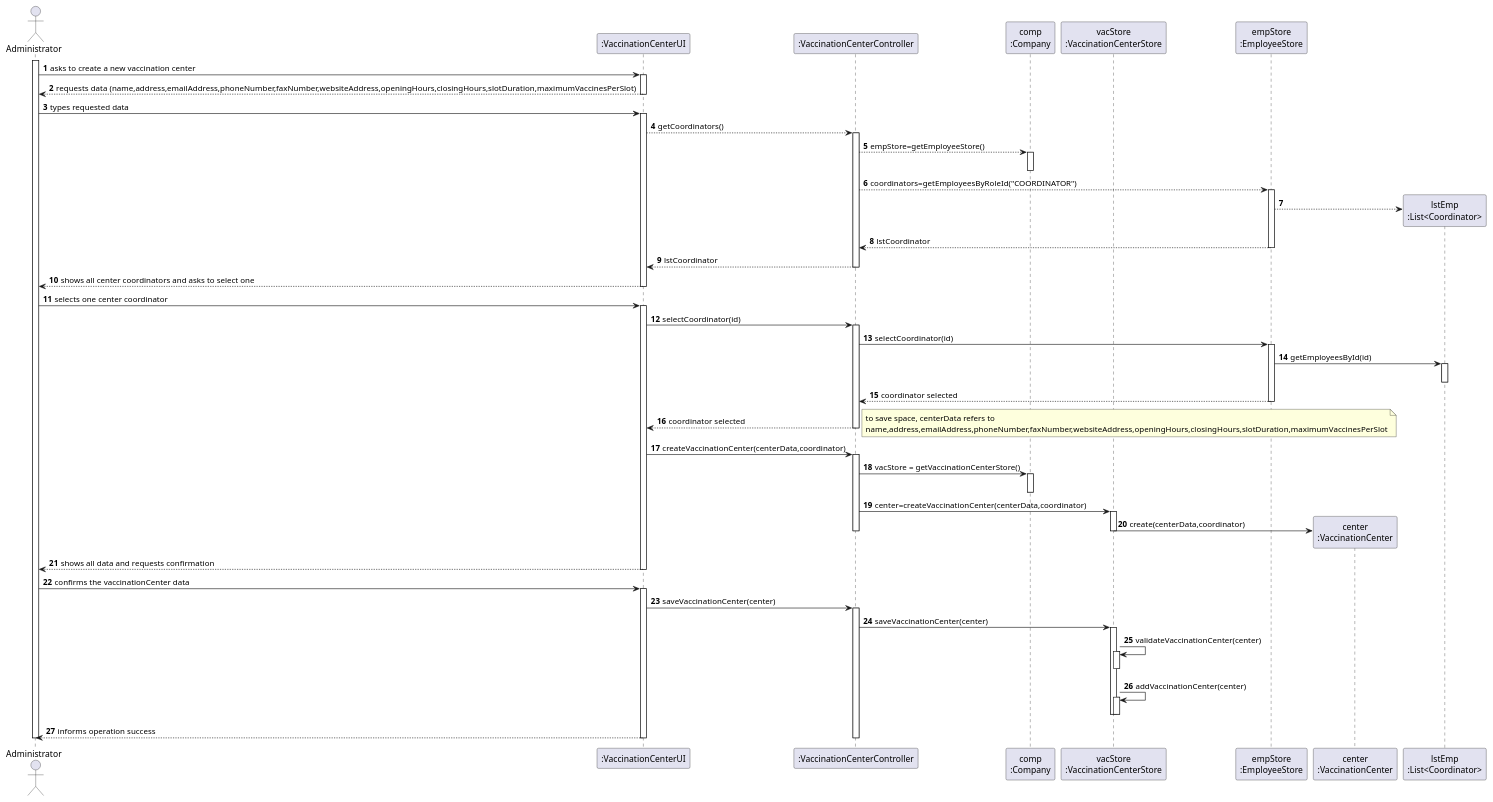
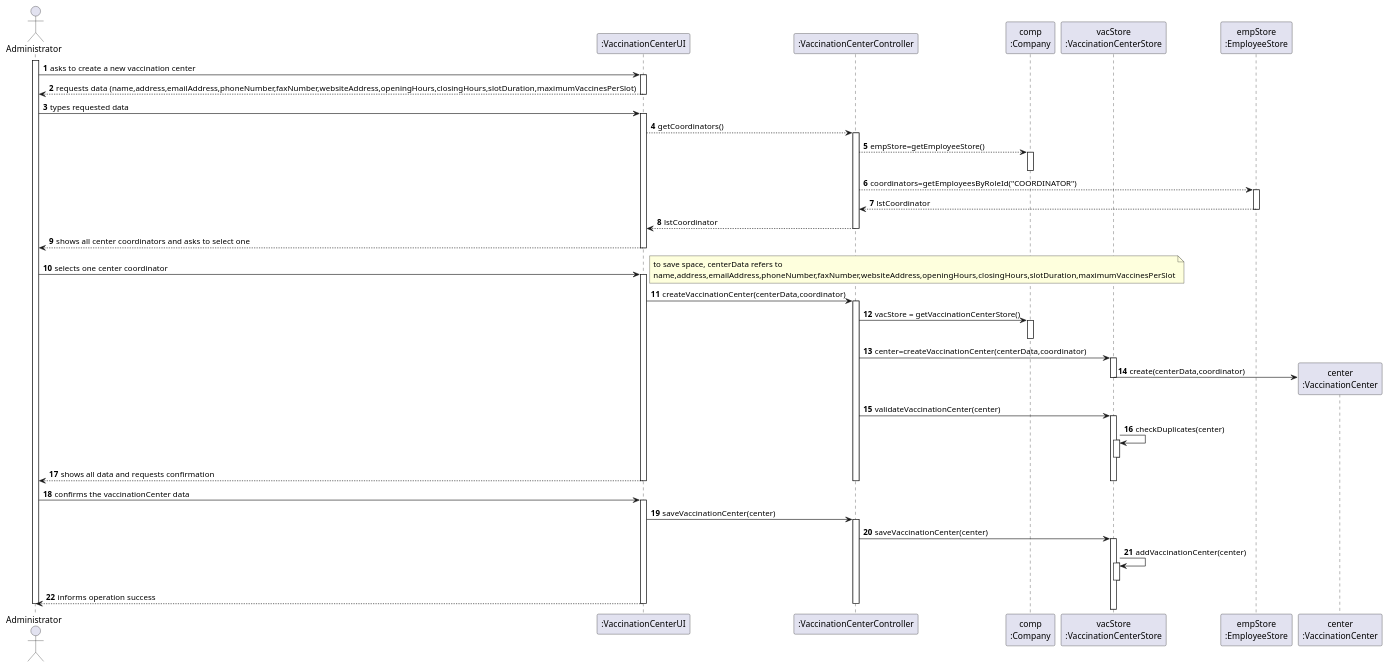
The diagram in docs/SprintB/US09/SD/US09_SD.puml (miseEnPlace-i/lapr2), drawn with PlantUML before and after one commit. The commit also changed 1 other file, not shown here.

```diff
--- a/docs/SprintB/US09/SD/US09_SD.puml
+++ b/docs/SprintB/US09/SD/US09_SD.puml
@@ -1,110 +1,95 @@
 @startuml US09_SD
 autonumber
 actor "Administrator" as ADM
 
 participant ":VaccinationCenterUI" as UI
 participant ":VaccinationCenterController" as CTRL
 participant "comp\n:Company" as COMP
 participant "vacStore\n:VaccinationCenterStore" as VACSTORE
 participant "empStore\n:EmployeeStore" as EMPSTORE
 participant "center\n:VaccinationCenter" as CENTER
-participant "lstEmp\n:List<Coordinator>" as LSTEMP
 
 activate ADM 
 ADM -> UI : asks to create a new vaccination center
 activate UI
 
 UI --> ADM : requests data (name,address,emailAddress,phoneNumber,faxNumber,websiteAddress,openingHours,closingHours,slotDuration,maximumVaccinesPerSlot)
 deactivate UI
 
 ADM -> UI : types requested data
 activate UI
 
 UI --> CTRL : getCoordinators()
 activate CTRL
 
 CTRL --> COMP : empStore=getEmployeeStore()
 activate COMP
 deactivate COMP
 
 CTRL --> EMPSTORE : coordinators=getEmployeesByRoleId("COORDINATOR")
 activate EMPSTORE
 
-EMPSTORE --> LSTEMP** 
 EMPSTORE --> CTRL : lstCoordinator
 deactivate EMPSTORE
 
 CTRL --> UI : lstCoordinator
 deactivate CTRL
 
 UI --> ADM : shows all center coordinators and asks to select one
 deactivate UI
 
 ADM -> UI : selects one center coordinator
 activate UI
-
-UI -> CTRL : selectCoordinator(id)
-activate CTRL
-
-CTRL -> EMPSTORE: selectCoordinator(id)
-activate EMPSTORE
-
-EMPSTORE -> LSTEMP: getEmployeesById(id)
-activate LSTEMP
-deactivate LSTEMP
-
-EMPSTORE --> CTRL : coordinator selected
-deactivate EMPSTORE
-
-CTRL --> UI : coordinator selected
-deactivate CTRL
 
 note right
     to save space, centerData refers to 
     name,address,emailAddress,phoneNumber,faxNumber,websiteAddress,openingHours,closingHours,slotDuration,maximumVaccinesPerSlot
 end note
 
 UI -> CTRL : createVaccinationCenter(centerData,coordinator)
 activate CTRL
 
 CTRL -> COMP : vacStore = getVaccinationCenterStore()
 activate COMP
 deactivate COMP
 
 CTRL -> VACSTORE : center=createVaccinationCenter(centerData,coordinator)
 activate VACSTORE
 
 VACSTORE -> CENTER** : create(centerData,coordinator)
 deactivate VACSTORE
 
-deactivate CTRL
+CTRL -> VACSTORE : validateVaccinationCenter(center)
+activate VACSTORE
+
+VACSTORE -> VACSTORE : checkDuplicates(center)
+activate VACSTORE
+deactivate VACSTORE
 
 UI --> ADM: shows all data and requests confirmation
 deactivate VACSTORE
 deactivate CTRL
 deactivate UI
 
 ADM -> UI : confirms the vaccinationCenter data
 activate UI
 UI -> CTRL : saveVaccinationCenter(center)
 activate CTRL
 
 CTRL -> VACSTORE : saveVaccinationCenter(center)
 activate VACSTORE
 
-VACSTORE -> VACSTORE : validateVaccinationCenter(center)
-activate VACSTORE
-deactivate VACSTORE
+
 
 VACSTORE -> VACSTORE : addVaccinationCenter(center)
 activate VACSTORE
 deactivate VACSTORE
 
 UI --> ADM : informs operation success
 deactivate COMP
 deactivate CTRL
 deactivate UI
 
 deactivate ADM
 
 @enduml
```
